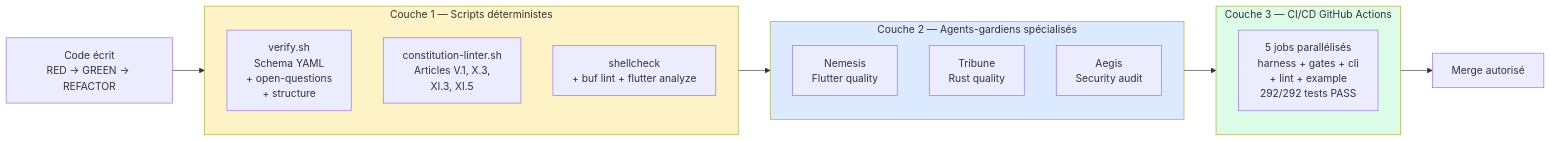
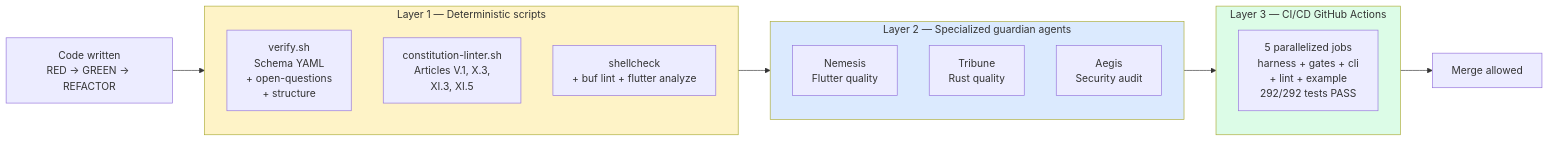
Before and after one commit to b-fontaine/forge: the seventh of 9 diagrams in docs/medium.md, drawn with Mermaid. The commit also changed other lines of this file and 8 other files, not shown here.

````diff
--- a/docs/medium.md
+++ b/docs/medium.md
@@ -367,30 +367,30 @@
 ```mermaid
 flowchart LR
-    Code[Code écrit<br/>RED → GREEN → REFACTOR] --> L1
+    Code[Code written<br/>RED → GREEN → REFACTOR] --> L1
 
-    subgraph L1[Couche 1 — Scripts déterministes]
+    subgraph L1[Layer 1 — Deterministic scripts]
       verify[verify.sh<br/>Schema YAML<br/>+ open-questions<br/>+ structure]
       linter[constitution-linter.sh<br/>Articles V.1, X.3,<br/>XI.3, XI.5]
       shellcheck[shellcheck<br/>+ buf lint + flutter analyze]
     end
 
     L1 --> L2
 
-    subgraph L2[Couche 2 — Agents-gardiens spécialisés]
+    subgraph L2[Layer 2 — Specialized guardian agents]
       Nemesis[Nemesis<br/>Flutter quality]
       Tribune[Tribune<br/>Rust quality]
       Aegis[Aegis<br/>Security audit]
     end
 
     L2 --> L3
 
-    subgraph L3[Couche 3 — CI/CD GitHub Actions]
-      Harness[5 jobs parallélisés<br/>harness + gates + cli<br/>+ lint + example<br/>292/292 tests PASS]
+    subgraph L3[Layer 3 — CI/CD GitHub Actions]
+      Harness[5 parallelized jobs<br/>harness + gates + cli<br/>+ lint + example<br/>292/292 tests PASS]
     end
 
-    L3 --> Merge[Merge autorisé]
+    L3 --> Merge[Merge allowed]
 
     style L1 fill:#fef3c7
     style L2 fill:#dbeafe
     style L3 fill:#dcfce7
 ```
````
